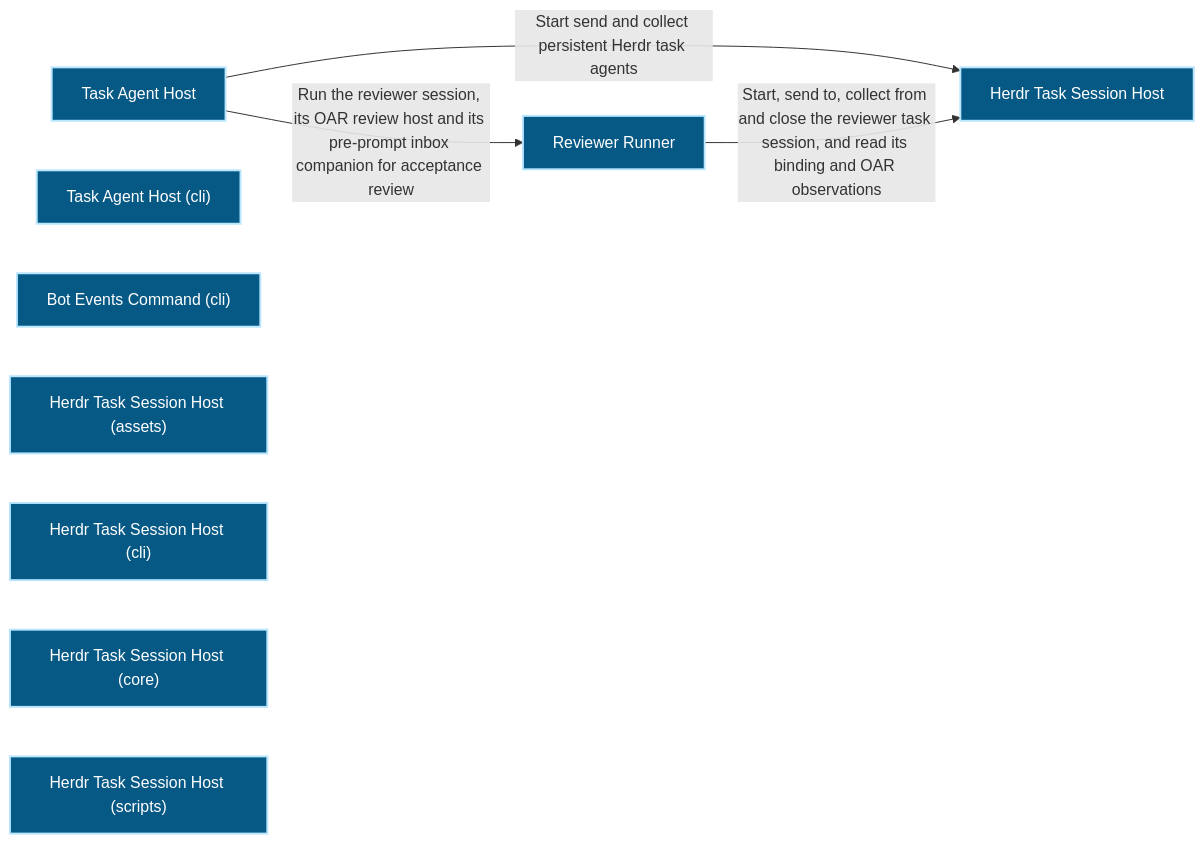
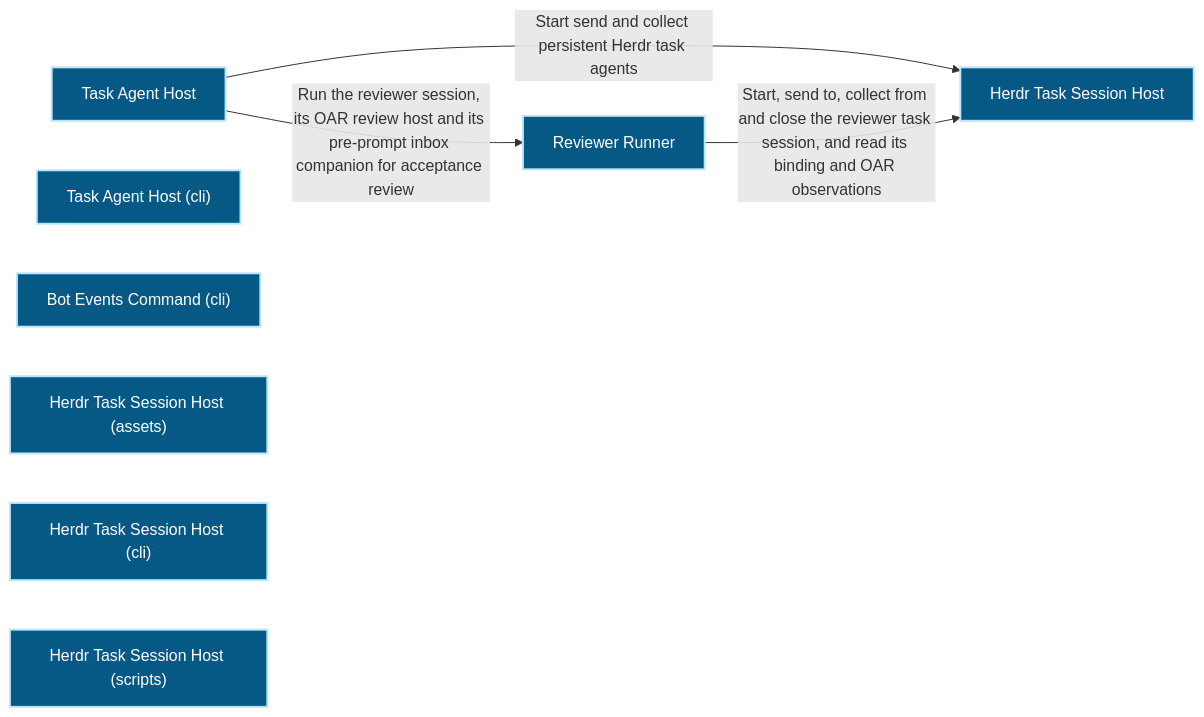
The first of 2 diagrams in docs/architecture/modules/runtime-harness/task-agent-host.md (Ancienttwo/repo-harness), drawn with Mermaid before and after one commit. The commit also changed other lines of this file and 14 other files, not shown here.

First line of the commit message:
chore(projection): refresh generated architecture outputs for main@ccdc0587af67

````diff
--- a/docs/architecture/modules/runtime-harness/task-agent-host.md
+++ b/docs/architecture/modules/runtime-harness/task-agent-host.md
@@ -16,19 +16,18 @@
 ```mermaid
 flowchart LR
   p1_capability_runtime_harness_task_agent_host_d81dadb6["Task Agent Host"]:::component
   p1_component_task_agent_host_cli_layer_209be438["Task Agent Host (cli)"]:::component
   p1_component_task_agent_host_events_cli_05ad084f["Bot Events Command (cli)"]:::component
   p1_component_task_agent_host_primary_d8453f09["Herdr Task Session Host"]:::component
   p1_component_task_agent_host_primary_assets_5212098e["Herdr Task Session Host (assets)"]:::component
   p1_component_task_agent_host_primary_cli_1076e150["Herdr Task Session Host (cli)"]:::component
-  p1_component_task_agent_host_primary_core_a2a0dfb5["Herdr Task Session Host (core)"]:::component
   p1_component_task_agent_host_primary_scripts_e0855c5f["Herdr Task Session Host (scripts)"]:::component
   p1_component_task_agent_host_review_runner_c2379e1e["Reviewer Runner"]:::component
   p1_capability_runtime_harness_task_agent_host_d81dadb6 -->|"Start send and collect persistent Herdr task agents"| p1_component_task_agent_host_primary_d8453f09
   p1_capability_runtime_harness_task_agent_host_d81dadb6 -->|"Run the reviewer session#44; its OAR review host and its pre-prompt inbox companion for acceptance review"| p1_component_task_agent_host_review_runner_c2379e1e
   p1_component_task_agent_host_review_runner_c2379e1e -->|"Start#44; send to#44; collect from and close the reviewer task session#44; and read its binding and OAR observations"| p1_component_task_agent_host_primary_d8453f09
   classDef actor fill:#111827,color:#ffffff,stroke:#f9fafb,stroke-width:2px
   classDef component fill:#075985,color:#ffffff,stroke:#bae6fd,stroke-width:2px
   classDef datastore fill:#3f6212,color:#ffffff,stroke:#d9f99d,stroke-width:2px
   classDef external fill:#7c2d12,color:#ffffff,stroke:#fed7aa,stroke-width:2px
 ```
````
